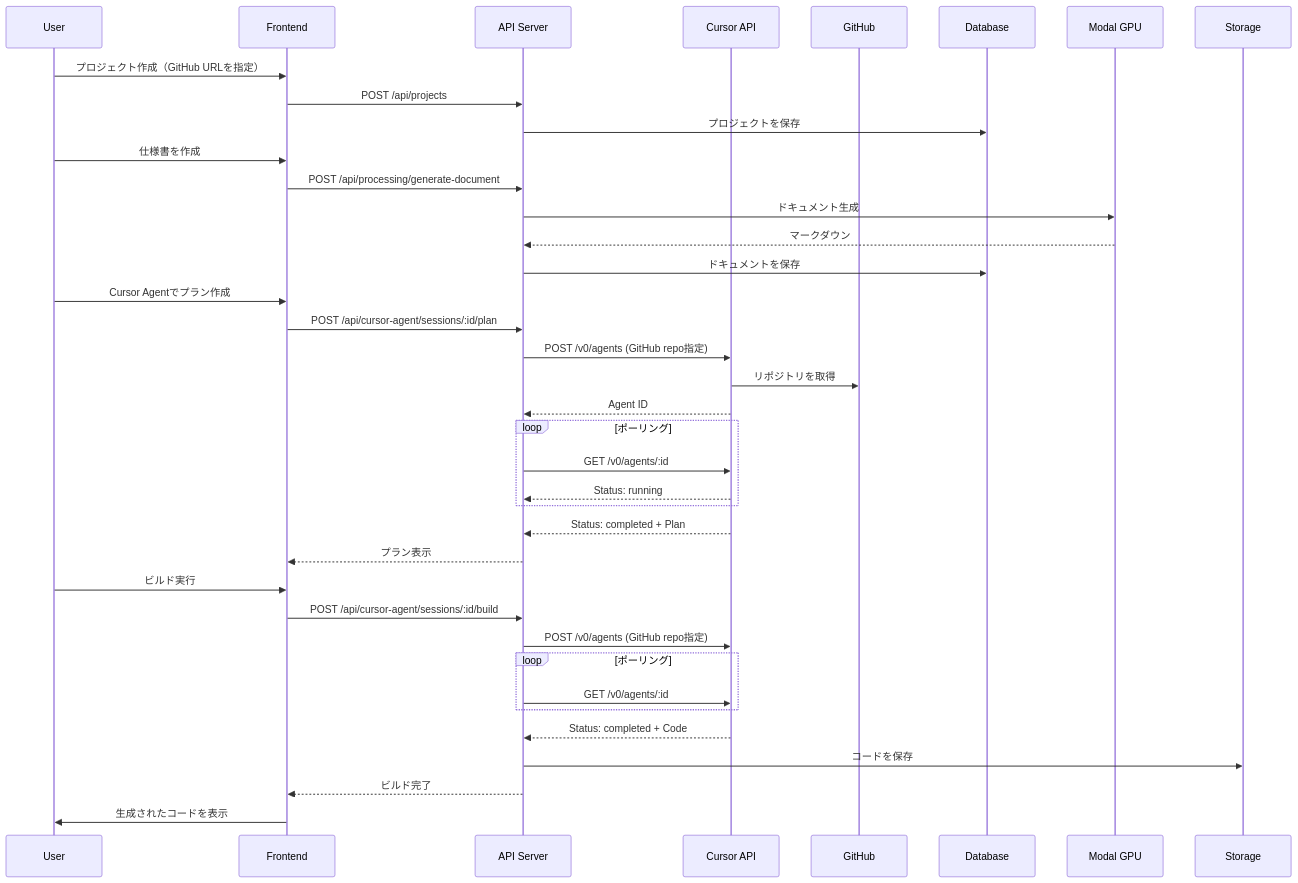
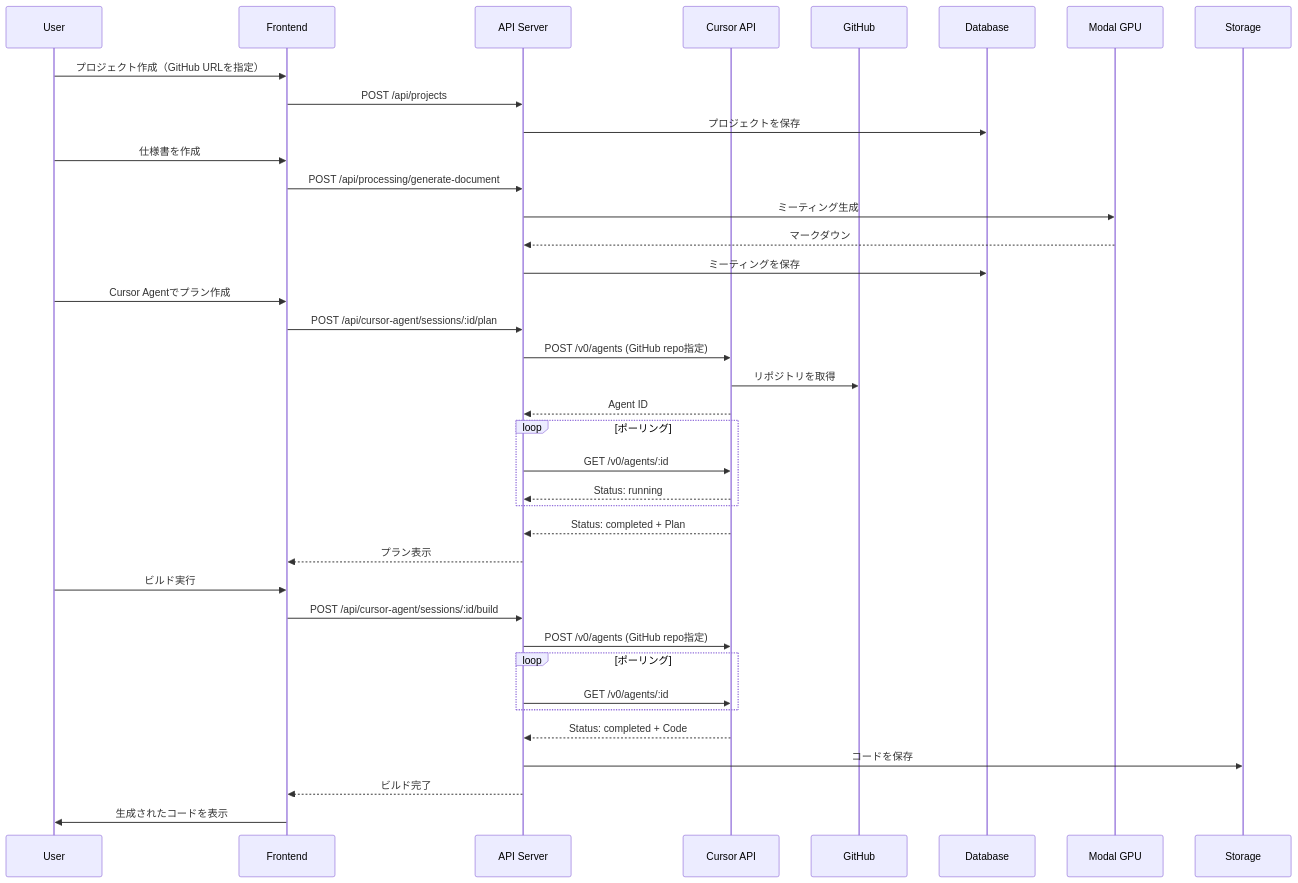
One commit to supertask/MentraAgent changed the diagram in docs/CURSOR_AGENT_IMPLEMENTATION.md. Above: the diagram before and after it, drawn with Mermaid. The commit also changed other lines of this file and 32 other files, not shown here.

````diff
--- a/docs/CURSOR_AGENT_IMPLEMENTATION.md
+++ b/docs/CURSOR_AGENT_IMPLEMENTATION.md
@@ -212,45 +212,45 @@
 ```mermaid
 sequenceDiagram
     participant User
     participant Frontend
     participant API Server
     participant Cursor API
     participant GitHub
 
     User->>Frontend: プロジェクト作成（GitHub URLを指定）
     Frontend->>API Server: POST /api/projects
     API Server->>Database: プロジェクトを保存
     
     User->>Frontend: 仕様書を作成
     Frontend->>API Server: POST /api/processing/generate-document
-    API Server->>Modal GPU: ドキュメント生成
+    API Server->>Modal GPU: ミーティング生成
     Modal GPU-->>API Server: マークダウン
-    API Server->>Database: ドキュメントを保存
+    API Server->>Database: ミーティングを保存
     
     User->>Frontend: Cursor Agentでプラン作成
     Frontend->>API Server: POST /api/cursor-agent/sessions/:id/plan
     API Server->>Cursor API: POST /v0/agents (GitHub repo指定)
     Cursor API->>GitHub: リポジトリを取得
     Cursor API-->>API Server: Agent ID
     
     loop ポーリング
         API Server->>Cursor API: GET /v0/agents/:id
         Cursor API-->>API Server: Status: running
     end
     
     Cursor API-->>API Server: Status: completed + Plan
     API Server-->>Frontend: プラン表示
     
     User->>Frontend: ビルド実行
     Frontend->>API Server: POST /api/cursor-agent/sessions/:id/build
     API Server->>Cursor API: POST /v0/agents (GitHub repo指定)
     
     loop ポーリング
         API Server->>Cursor API: GET /v0/agents/:id
     end
     
     Cursor API-->>API Server: Status: completed + Code
     API Server->>Storage: コードを保存
     API Server-->>Frontend: ビルド完了
     Frontend->>User: 生成されたコードを表示
 ```
````
